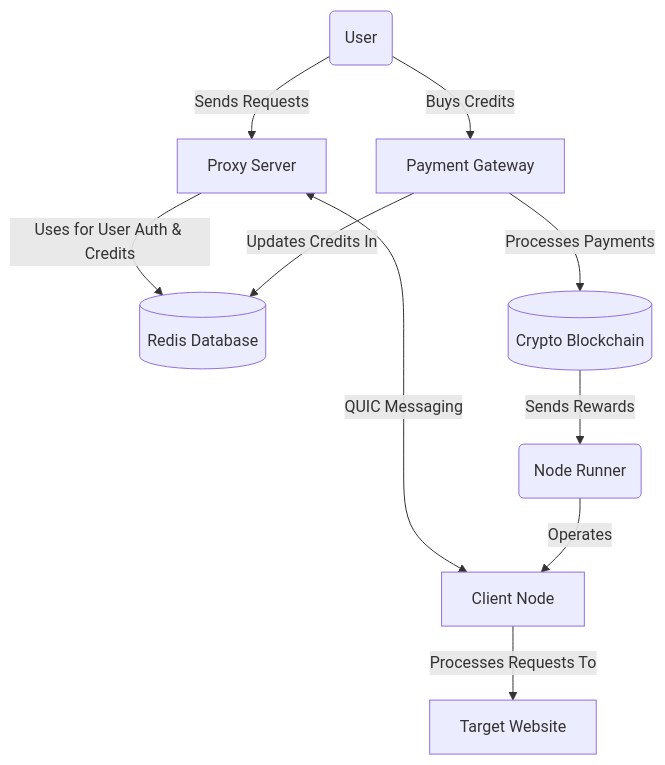
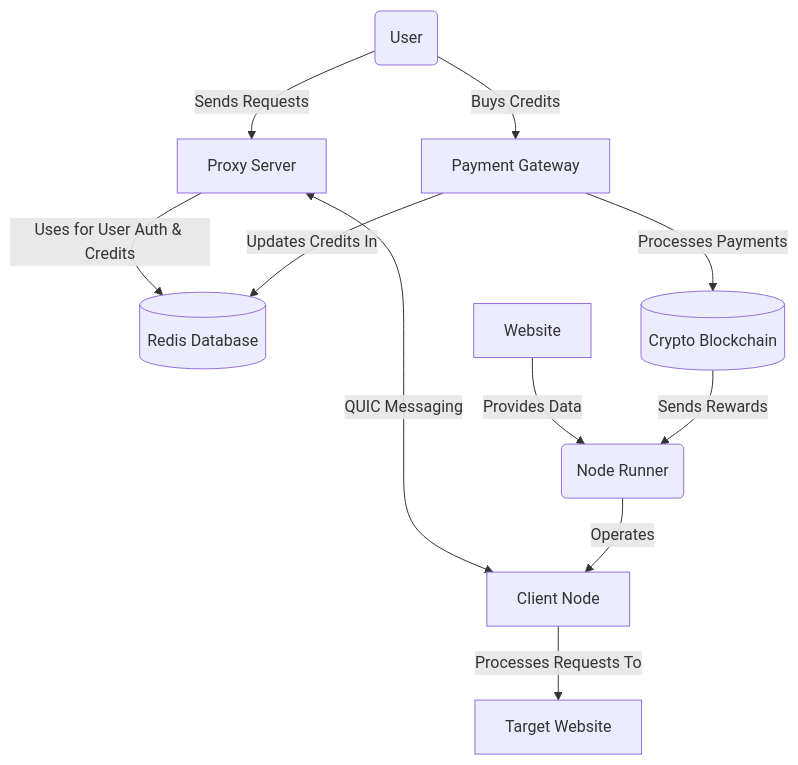
Before and after one commit to L1shed/Turbo: the first of 2 diagrams in README.md, drawn with Mermaid. The commit also changed 37 other files, not shown here.

````diff
--- a/README.md
+++ b/README.md
@@ -20,25 +20,30 @@
 ```mermaid
 flowchart TD
     User(User)
     ProxyServer[Proxy Server]
     Redis[(Redis Database)]
     ClientNode[Client Node]
     NodeRunner(Node Runner)
     PaymentGateway[Payment Gateway]
-    BitcoinNetwork[(Crypto Blockchain)]
+    Blockchain[(Crypto Blockchain)]
     TargetWebsite[Target Website]
+    Website[Website]
+    
+    Website --> |Provides Data| NodeRunner
+%%    Website --> |Provides Data| Blockchain
+    
 
     User --> |Sends Requests| ProxyServer
     User --> |Buys Credits| PaymentGateway
 
     ProxyServer --> |Uses for User Auth & Credits| Redis
     ProxyServer <--> |QUIC Messaging| ClientNode
 
     ClientNode --> |Processes Requests To| TargetWebsite
     NodeRunner --> |Operates| ClientNode
 
-    PaymentGateway --> |Processes Payments| BitcoinNetwork
+    PaymentGateway --> |Processes Payments| Blockchain
     PaymentGateway --> |Updates Credits In| Redis
 
-    BitcoinNetwork --> |Sends Rewards| NodeRunner
+    Blockchain --> |Sends Rewards| NodeRunner
 ```
````
